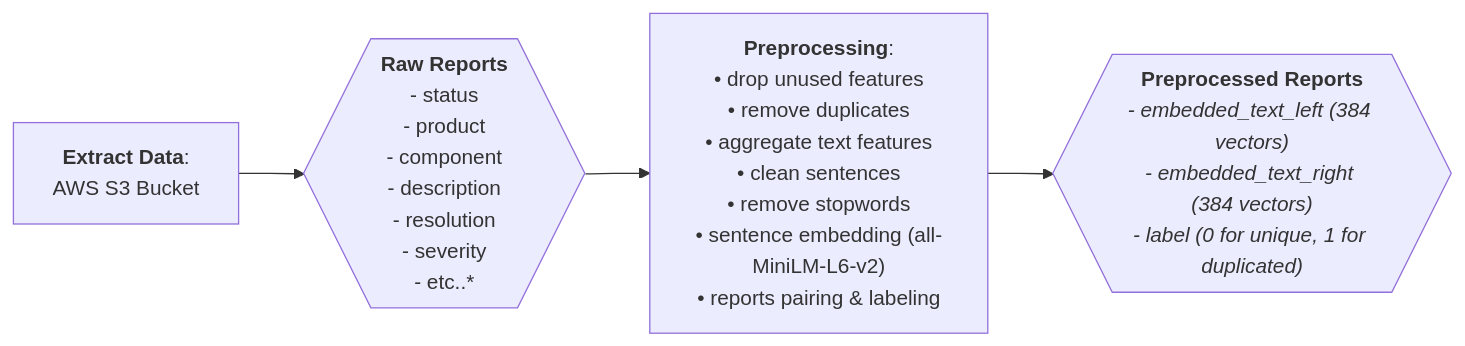
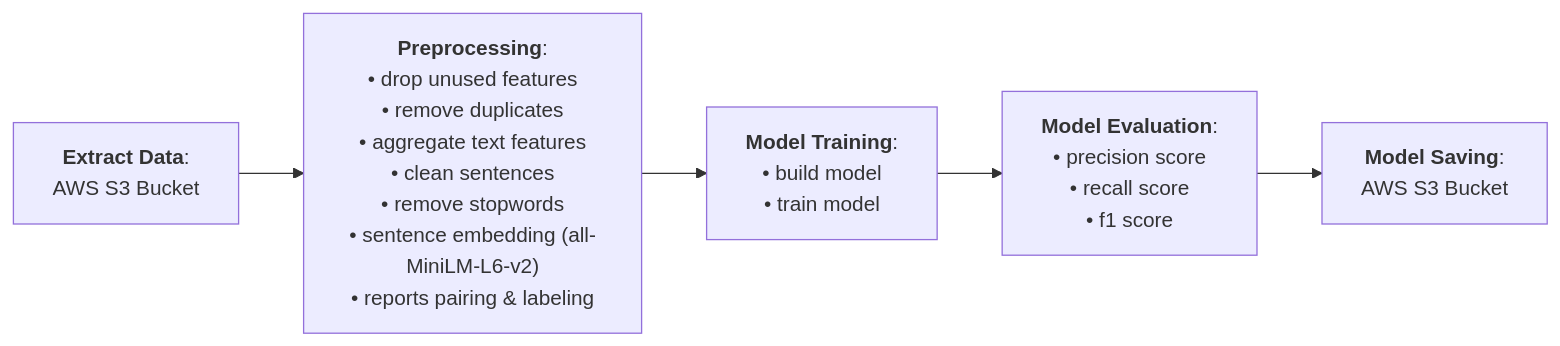
One commit to rezadzikri19/BuggyBuddy-Model-Builder-Microservice changed the diagram in README.md. Above: the diagram before and after it, drawn with Mermaid. The commit also changed other lines of this file, not shown here.

````diff
--- a/README.md
+++ b/README.md
@@ -20,36 +22,36 @@
 ```mermaid
 flowchart LR;
     fetch_data["`**Extract Data**:
     AWS S3 Bucket`"]
     style fetch_data text-align:center
 
     preprocessing["`**Preprocessing**:
     • drop unused features
     • remove duplicates
     • aggregate text features
     • clean sentences
     • remove stopwords
     • sentence embedding (all-MiniLM-L6-v2)
     • reports pairing & labeling`"]
     style preprocessing text-align:center
 
-    report{{"`**Raw Reports**
-    - status
-    - product
-    - component
-    - description
-    - resolution
-    - severity
-    - etc..*`"}}
-    style report text-align:center
+    model_training["`**Model Training**:
+    • build model
+    • train model`"]
+    style model_training text-align:center
 
-    report_1{{"`**Preprocessed Reports**
-    *- embedded_text_left (384 vectors)
-    - embedded_text_right (384 vectors)
-    - label (0 for unique, 1 for duplicated)*`"}}
-    style report_1 text-align:center
+    model_evaluation["`**Model Evaluation**:
+    • precision score
+    • recall score
+    • f1 score`"]
+    style model_evaluation text-align:center
 
-    fetch_data --> report
-    report --> preprocessing
-    preprocessing --> report_1
+    model_saving["`**Model Saving**:
+    AWS S3 Bucket`"]
+    style model_saving text-align:center
+
+    fetch_data --> preprocessing
+    preprocessing --> model_training
+    model_training --> model_evaluation
+    model_evaluation --> model_saving
 ```
````
